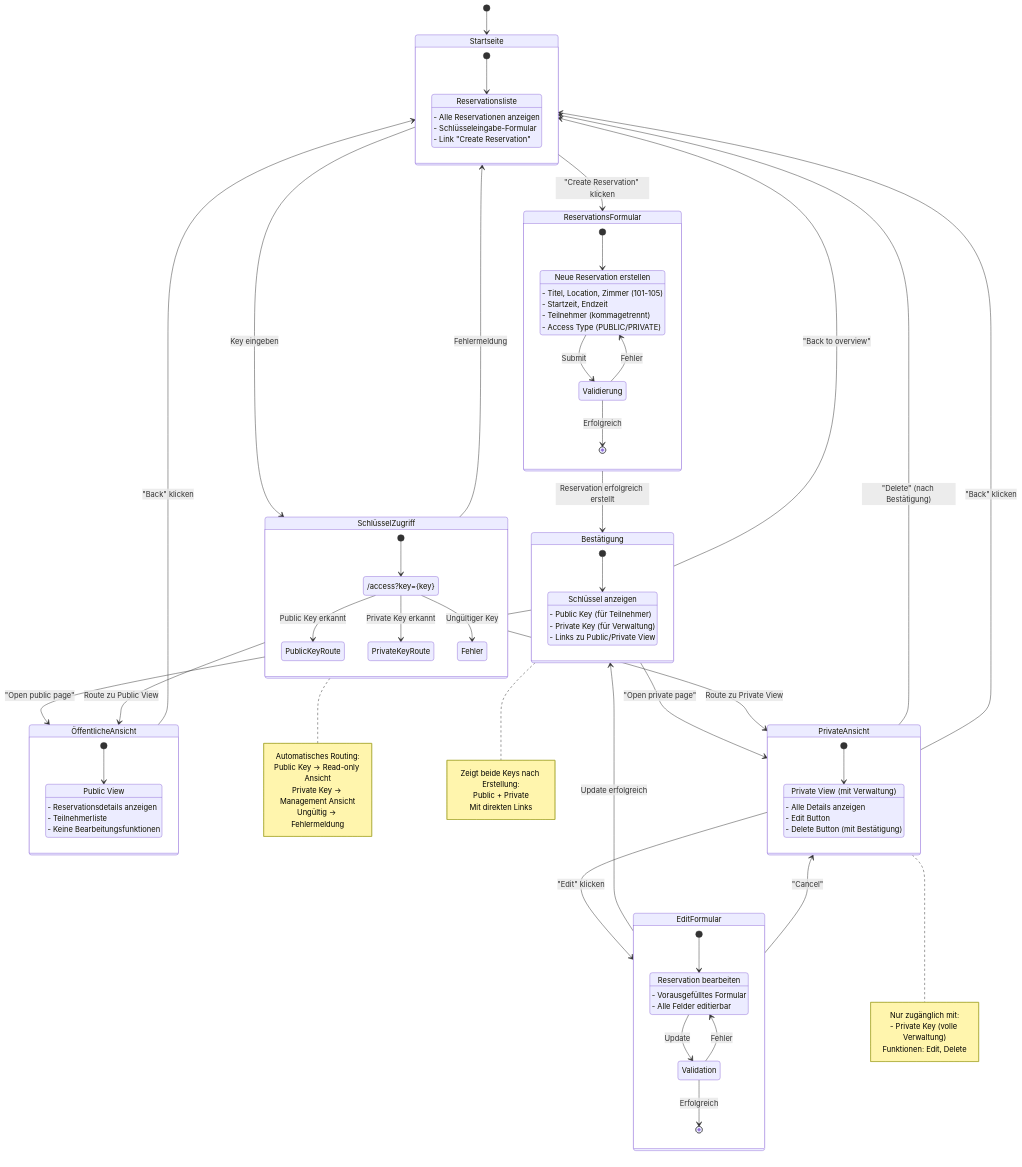
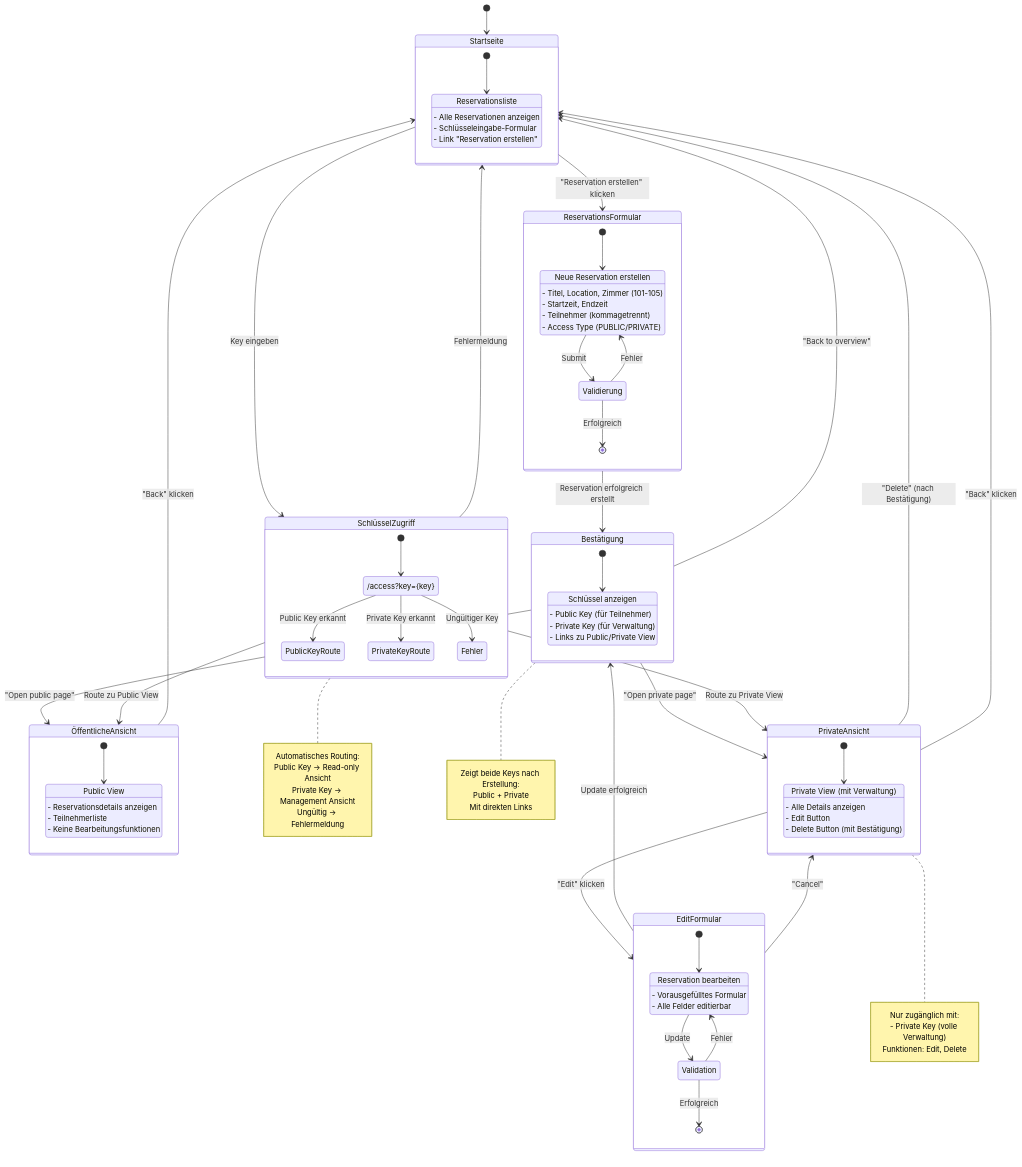
One commit to RiciYT/M223-Terminkalender changed the diagram in Doku/diagrams/state-diagram-v2.md. Above: the diagram before and after it, drawn with Mermaid.

Commit message:
Update link text from 'Create Reservation' to 'Reservation erstellen'

```diff
--- a/Doku/diagrams/state-diagram-v2.md
+++ b/Doku/diagrams/state-diagram-v2.md
@@ -11,7 +11,7 @@
         Übersicht: Reservationsliste
         Übersicht: - Alle Reservationen anzeigen
         Übersicht: - Schlüsseleingabe-Formular
-        Übersicht: - Link "Create Reservation"
+        Übersicht: - Link "Reservation erstellen"
     }
     
     state ReservationsFormular {
@@ -68,7 +68,7 @@
         Validation --> [*] : Erfolgreich
     }
     
-    Startseite --> ReservationsFormular : "Create Reservation" klicken
+    Startseite --> ReservationsFormular : "Reservation erstellen" klicken
     Startseite --> SchlüsselZugriff : Key eingeben
     
     ReservationsFormular --> Bestätigung : Reservation erfolgreich erstellt
```
